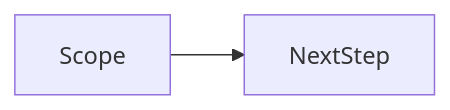
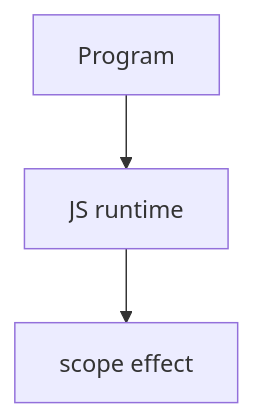
Before and after one commit to OmidJavaherii/Frontend-Engineering-Handbook: the second of 2 diagrams in docs/en/06-javascript/scope/index.md, drawn with Mermaid. The commit also changed other lines of this file and 461 other files, not shown here.

````diff
--- a/docs/en/06-javascript/scope/index.md
+++ b/docs/en/06-javascript/scope/index.md
@@ -95,4 +111,5 @@
 ```mermaid
-flowchart LR
-  concept[Scope] --> nextStep[NextStep]
+flowchart TD
+  Code[Program] --> Runtime[JS runtime]
+  Runtime --> Effect[scope effect]
 ```
````
